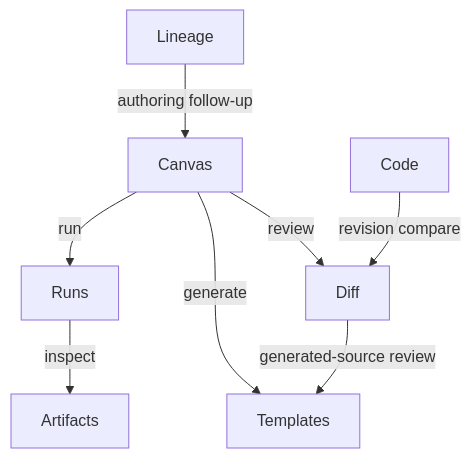
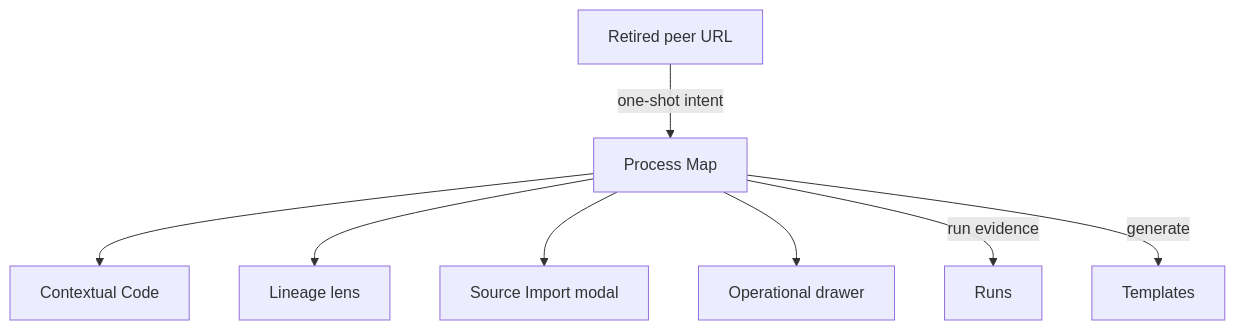
Before and after one commit to dunay2/dvt: the third of 3 diagrams in docs/architecture/components/web/screen-manuals-and-user-stories.md, drawn with Mermaid. The commit also changed other lines of this file and 3 other files, not shown here.

````diff
--- a/docs/architecture/components/web/screen-manuals-and-user-stories.md
+++ b/docs/architecture/components/web/screen-manuals-and-user-stories.md
@@ -375,10 +362,10 @@
 ```mermaid
 flowchart TB
-  Canvas -->|"run"| Runs
-  Canvas -->|"review"| Diff
+  Canvas["Process Map"] --> Code["Contextual Code"]
+  Canvas --> Lineage["Lineage lens"]
+  Canvas --> Source["Source Import modal"]
+  Canvas --> Drawer["Operational drawer"]
+  Canvas -->|"run evidence"| Runs
   Canvas -->|"generate"| Templates
-  Code -->|"revision compare"| Diff
-  Runs -->|"inspect"| Artifacts
-  Lineage -->|"authoring follow-up"| Canvas
-  Diff -->|"generated-source review"| Templates
+  Legacy["Retired peer URL"] -->|"one-shot intent"| Canvas
 ```
````
